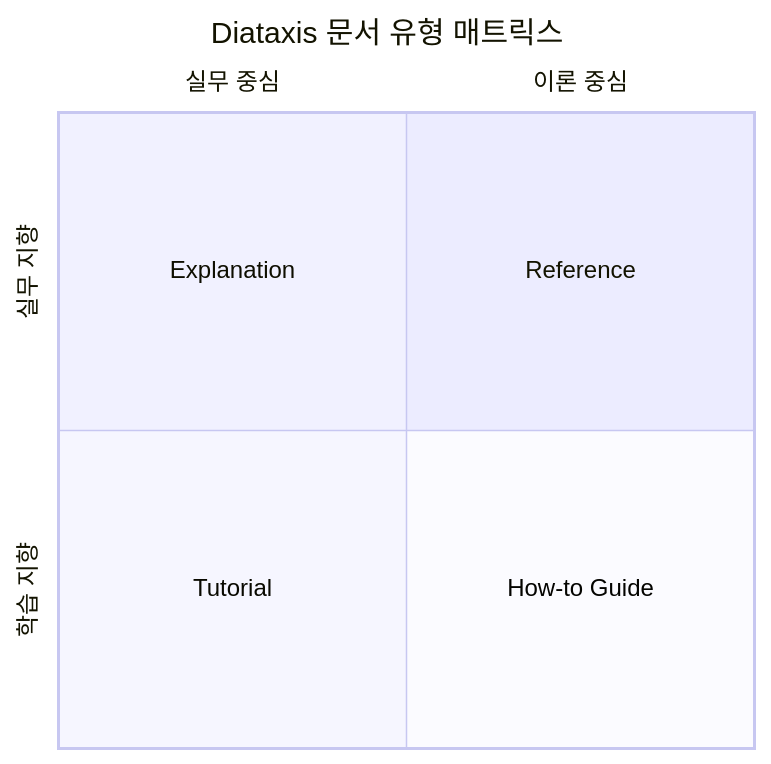
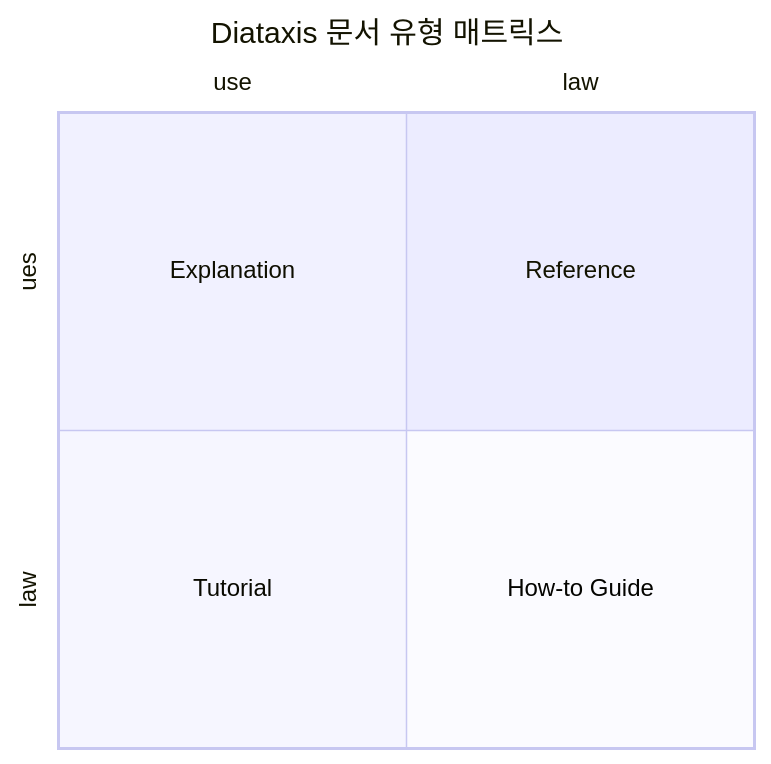
The first of 2 diagrams in docs/diataxis_template/README.md (positivemultiplier/posmul), drawn with Mermaid before and after one commit. The commit also changed 26 other files, not shown here.

````diff
--- a/docs/diataxis_template/README.md
+++ b/docs/diataxis_template/README.md
@@ -11,10 +11,12 @@
 ```mermaid
 quadrantChart
     title Diataxis 문서 유형 매트릭스
-    x-axis 실무 중심 --> 이론 중심
-    y-axis 학습 지향 --> 실무 지향
+
+    x-axis use --> law
+    y-axis law --> ues
+
     quadrant-1 Reference
     quadrant-2 Explanation
     quadrant-3 Tutorial
     quadrant-4 How-to Guide
 ```
````
